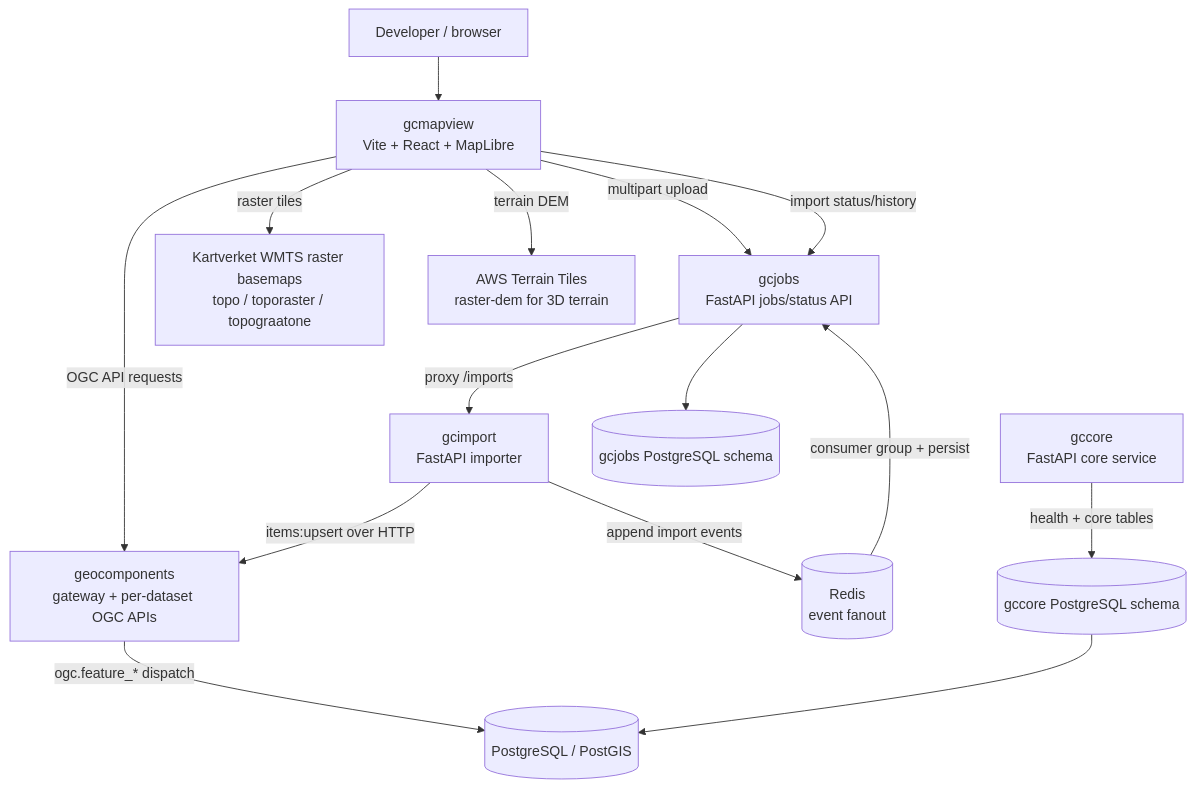
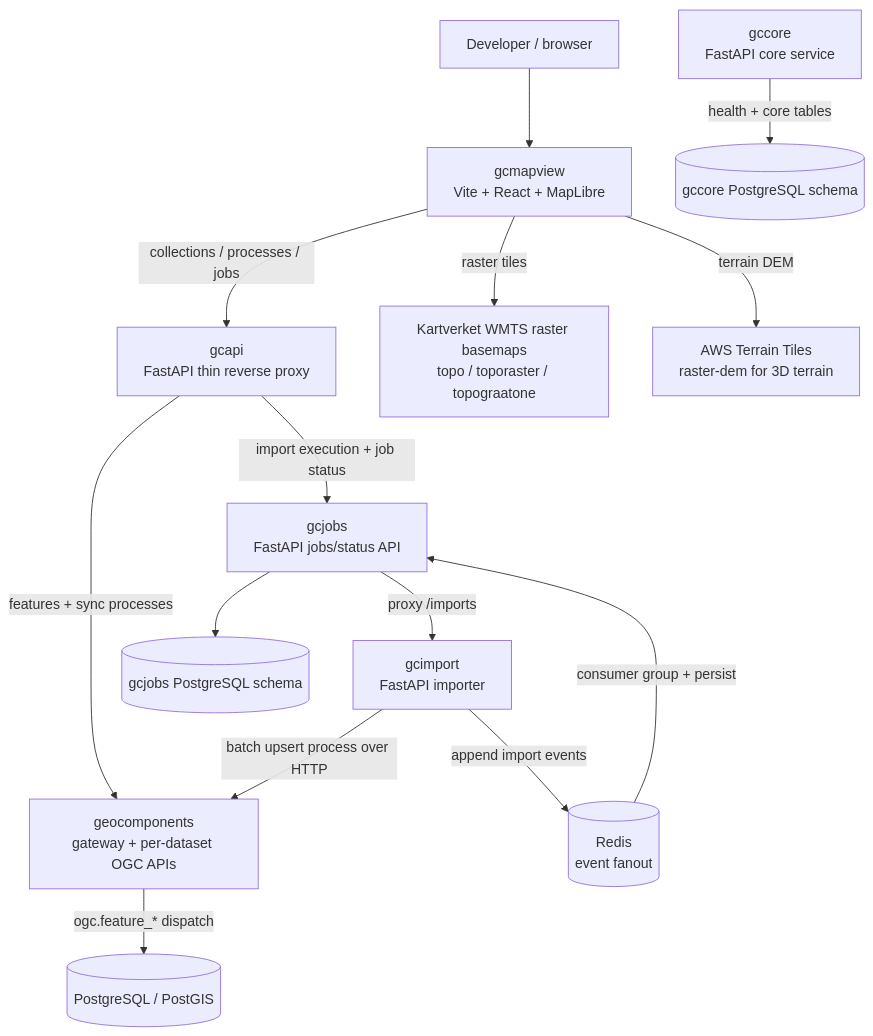
The first of 10 diagrams in docs/ARCHITECTURE.md (kartverket/topografisk-gdb-api), drawn with Mermaid before and after one commit. The commit also changed other lines of this file and 63 other files, not shown here.

First line of the commit message:
canonical OGC API facade (#87)

````diff
--- a/docs/ARCHITECTURE.md
+++ b/docs/ARCHITECTURE.md
@@ -13,30 +13,30 @@
 ```mermaid
 flowchart TB
   User["Developer / browser"]
   FE["gcmapview<br/>Vite + React + MapLibre"]
+  GCAPI["gcapi<br/>FastAPI thin reverse proxy"]
   IMP["gcimport<br/>FastAPI importer"]
   JOBS["gcjobs<br/>FastAPI jobs/status API"]
   CORE["gccore<br/>FastAPI core service"]
   API["geocomponents<br/>gateway + per-dataset OGC APIs"]
   REDIS[("Redis<br/>event fanout")]
   DB[("PostgreSQL / PostGIS")]
   JOBDB[("gcjobs PostgreSQL schema")]
   COREDB[("gccore PostgreSQL schema")]
   BASE["Kartverket WMTS raster basemaps<br/>topo / toporaster / topograatone"]
   TERRAIN["AWS Terrain Tiles<br/>raster-dem for 3D terrain"]
 
   User --> FE
-  FE -->|multipart upload| JOBS
-  FE -->|OGC API requests| API
-  FE -->|import status/history| JOBS
+  FE -->|collections / processes / jobs| GCAPI
   FE -->|raster tiles| BASE
   FE -->|terrain DEM| TERRAIN
+  GCAPI -->|features + sync processes| API
+  GCAPI -->|import execution + job status| JOBS
   JOBS -->|proxy /imports| IMP
-  IMP -->|items:upsert over HTTP| API
+  IMP -->|batch upsert process over HTTP| API
   IMP -->|append import events| REDIS
   REDIS -->|consumer group + persist| JOBS
   API -->|ogc.feature_* dispatch| DB
   JOBS --> JOBDB
   CORE -->|health + core tables| COREDB
-  COREDB --> DB
 ```
````
